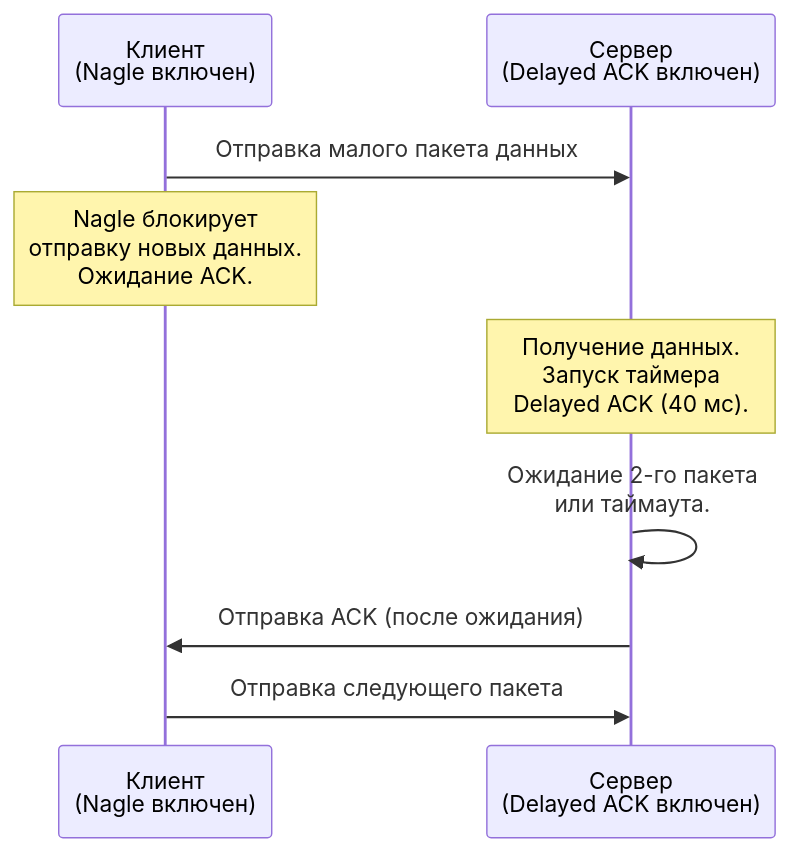
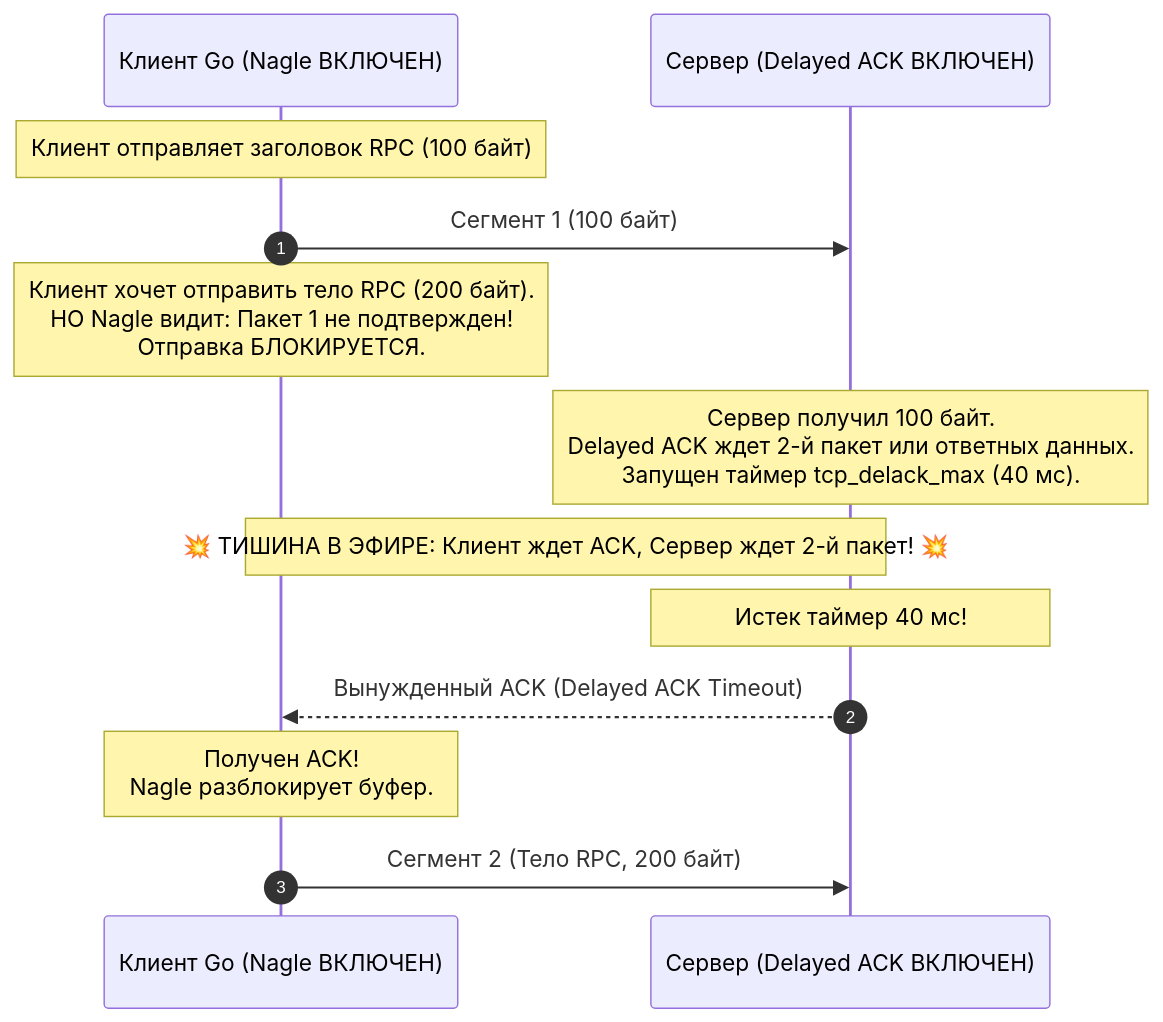
One commit to UnrealTemplier/go-textbook changed the third of 4 diagrams in sources/3. Компьютерные сети и сетевой стек/12. TCP Retransmission, Keep Alive, Nagle и Delayed ACK.md. Above: the diagram before and after it, drawn with Mermaid. The commit also changed other lines of this file, not shown here.

Commit message:
feat(module-03): editorial rewrite of Lecture 12 (TCP Retransmission, RTO, Fast Recovery, Nagle, Delayed ACK, Keep-Alive) in Kernighan style

````diff
--- a/sources/3. Компьютерные сети и сетевой стек/12. TCP Retransmission, Keep Alive, Nagle и Delayed ACK.md
+++ b/sources/3. Компьютерные сети и сетевой стек/12. TCP Retransmission, Keep Alive, Nagle и Delayed ACK.md
@@ -55,11 +182,20 @@
 ```mermaid
 sequenceDiagram
-    participant Client as Клиент<br>(Nagle включен)
-    participant Server as Сервер<br>(Delayed ACK включен)
-    Client->>Server: Отправка малого пакета данных
-    Note over Client: Nagle блокирует<br>отправку новых данных.<br>Ожидание ACK.
-    Note over Server: Получение данных.<br>Запуск таймера<br>Delayed ACK (40 мс).
-    Server->>Server: Ожидание 2-го пакета<br>или таймаута.
-    Server->>Client: Отправка ACK (после ожидания)
-    Client->>Server: Отправка следующего пакета
+    autonumber
+    participant Client as Клиент Go (Nagle ВКЛЮЧЕН)
+    participant Server as Сервер (Delayed ACK ВКЛЮЧЕН)
+
+    Note over Client: Клиент отправляет заголовок RPC (100 байт)
+    Client->>Server: Сегмент 1 (100 байт)
+    Note over Client: Клиент хочет отправить тело RPC (200 байт).<br/>НО Nagle видит: Пакет 1 не подтвержден!<br/>Отправка БЛОКИРУЕТСЯ.
+    
+    Note over Server: Сервер получил 100 байт.<br/>Delayed ACK ждет 2-й пакет или ответных данных.<br/>Запущен таймер tcp_delack_max (40 мс).
+    
+    Note over Client,Server: 💥 ТИШИНА В ЭФИРЕ: Клиент ждет ACK, Сервер ждет 2-й пакет! 💥
+    
+    Note over Server: Истек таймер 40 мс!
+    Server-->>Client: Вынужденный ACK (Delayed ACK Timeout)
+    
+    Note over Client: Получен ACK!<br/>Nagle разблокирует буфер.
+    Client->>Server: Сегмент 2 (Тело RPC, 200 байт)
 ```
````
